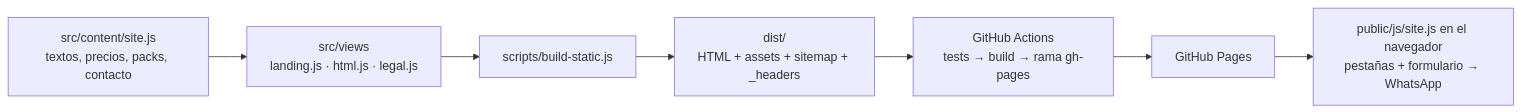
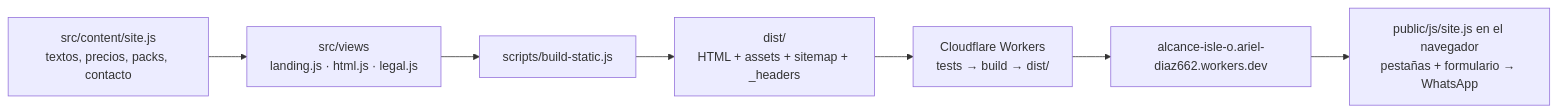
One commit to arieldiaz662-svg/Alcance-isle-o- changed the diagram in docs/AUDITORIA.md. Above: the diagram before and after it, drawn with Mermaid. The commit also changed other lines of this file and 8 other files, not shown here.

First line of the commit message:
Retirar GitHub Pages: la web se publica solo en Cloudflare Workers

````diff
--- a/docs/AUDITORIA.md
+++ b/docs/AUDITORIA.md
@@ -20,9 +20,9 @@
 ```mermaid
 flowchart LR
   C[src/content/site.js<br/>textos, precios, packs, contacto] --> V[src/views<br/>landing.js · html.js · legal.js]
   V --> B[scripts/build-static.js]
   B --> D[dist/<br/>HTML + assets + sitemap + _headers]
-  D --> W[GitHub Actions<br/>tests → build → rama gh-pages]
-  W --> P[GitHub Pages]
+  D --> W[Cloudflare Workers<br/>tests → build → dist/]
+  W --> P[alcance-isle-o.ariel-diaz662.workers.dev]
   P --> JS[public/js/site.js en el navegador<br/>pestañas + formulario → WhatsApp]
 ```
````
